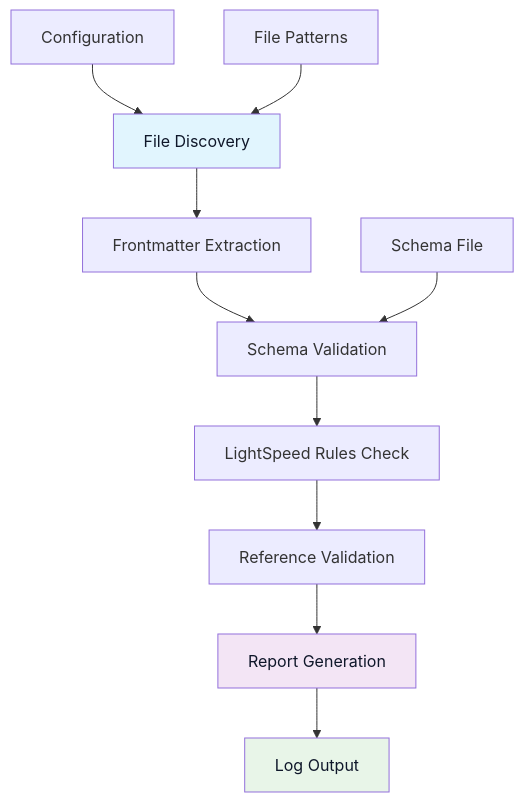
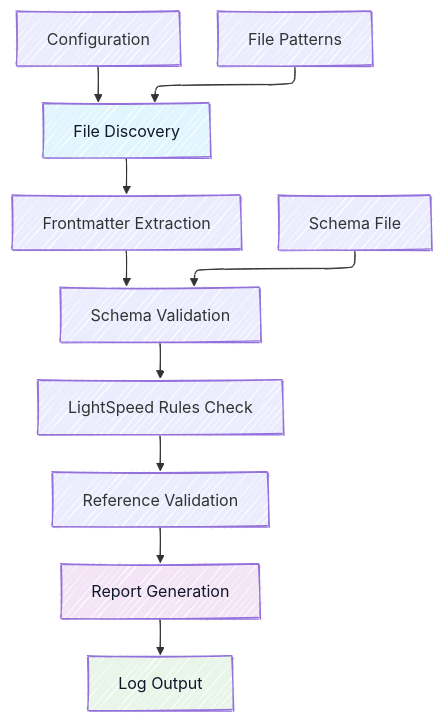
One commit to lightspeedwp/.github changed the diagram in scripts/validation/README.md. Above: the diagram before and after it, drawn with Mermaid.

Commit message:
fix: Use proper Mermaid YAML frontmatter for accessibility attributes
- Updated Mermaid diagram to use YAML config syntax for accTitle and accDescr
- Ensures accessibility validation compatibility with current Mermaid version
- Maintains diagram styling and structure

Claude-Session: https://claude.ai/code/session_01G7MTRFUKLDQTeJ1v5iZKAr

````diff
--- a/scripts/validation/README.md
+++ b/scripts/validation/README.md
@@ -38,19 +38,25 @@
 ```mermaid
+---
+config:
+  theme: default
+  look: handDrawn
+  layout: elk
+  accTitle: Validation System Flow
+  accDescr: Flowchart showing file discovery through log output with configuration, schema, and pattern inputs
+---
 graph TD
-    accTitle: Validation System Flow Diagram
-    accDescr: Flowchart showing file discovery, frontmatter extraction, schema validation, LightSpeed rules check, reference validation, report generation, and log output steps
     A[File Discovery] --> B[Frontmatter Extraction]
     B --> C[Schema Validation]
     C --> D[LightSpeed Rules Check]
     D --> E[Reference Validation]
     E --> F[Report Generation]
     F --> G[Log Output]
 
     H[Configuration] --> A
     I[Schema File] --> C
     J[File Patterns] --> A
 
     style A fill:#e1f5fe,color:#0f172a
     style F fill:#f3e5f5,color:#0f172a
     style G fill:#e8f5e8,color:#0f172a
 ```
````
